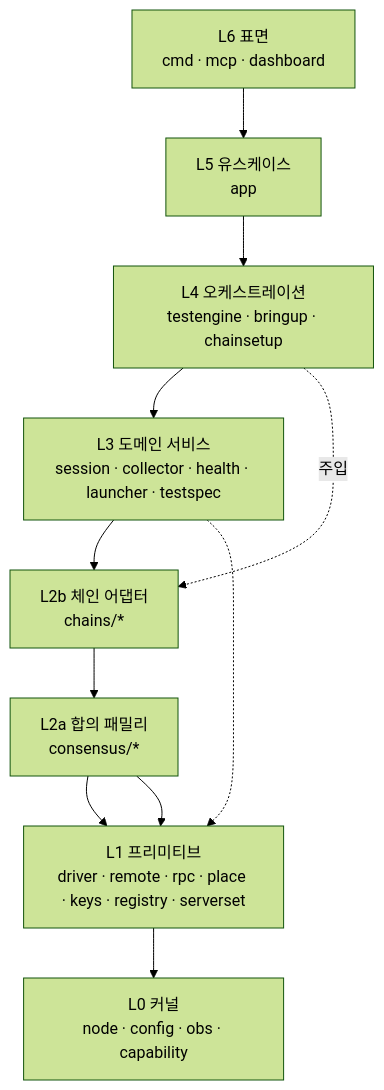
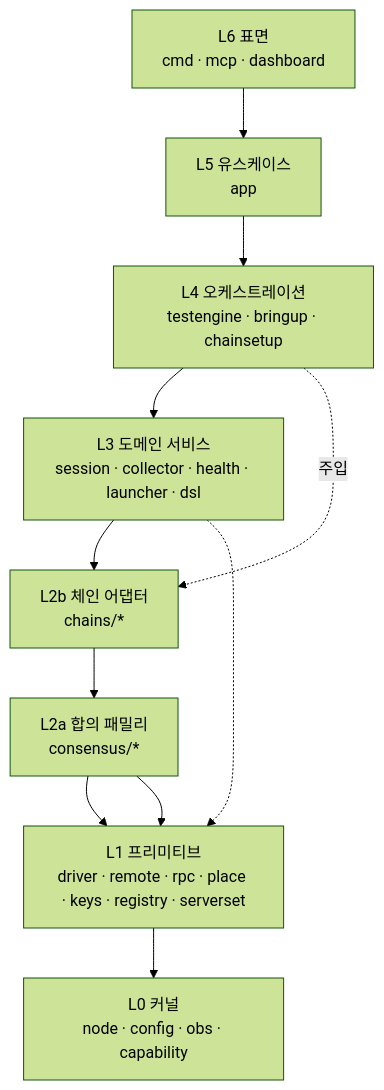
One commit to 0xmhha/chainbench changed the diagram in docs/dev/architecture/layers.md. Above: the diagram before and after it, drawn with Mermaid (forest theme). The commit also changed other lines of this file and 57 other files, not shown here.

First line of the commit message:
refactor(dsl): rename testspec to dsl (R2, step 1/2)

````diff
--- a/docs/dev/architecture/layers.md
+++ b/docs/dev/architecture/layers.md
@@ -62,16 +62,16 @@
 ```mermaid
 flowchart TD
     L6["L6 표면<br/>cmd · mcp · dashboard"]
     L5["L5 유스케이스<br/>app"]
     L4["L4 오케스트레이션<br/>testengine · bringup · chainsetup"]
-    L3["L3 도메인 서비스<br/>session · collector · health · launcher · testspec"]
+    L3["L3 도메인 서비스<br/>session · collector · health · launcher · dsl"]
     L2b["L2b 체인 어댑터<br/>chains/*"]
     L2a["L2a 합의 패밀리<br/>consensus/*"]
     L1["L1 프리미티브<br/>driver · remote · rpc · place · keys · registry · serverset"]
     L0["L0 커널<br/>node · config · obs · capability"]
 
     L6 --> L5 --> L4 --> L3 --> L2b --> L2a --> L1 --> L0
     L4 -.주입.-> L2b
     L3 -.-> L1
     L2a --> L1
 ```
````
